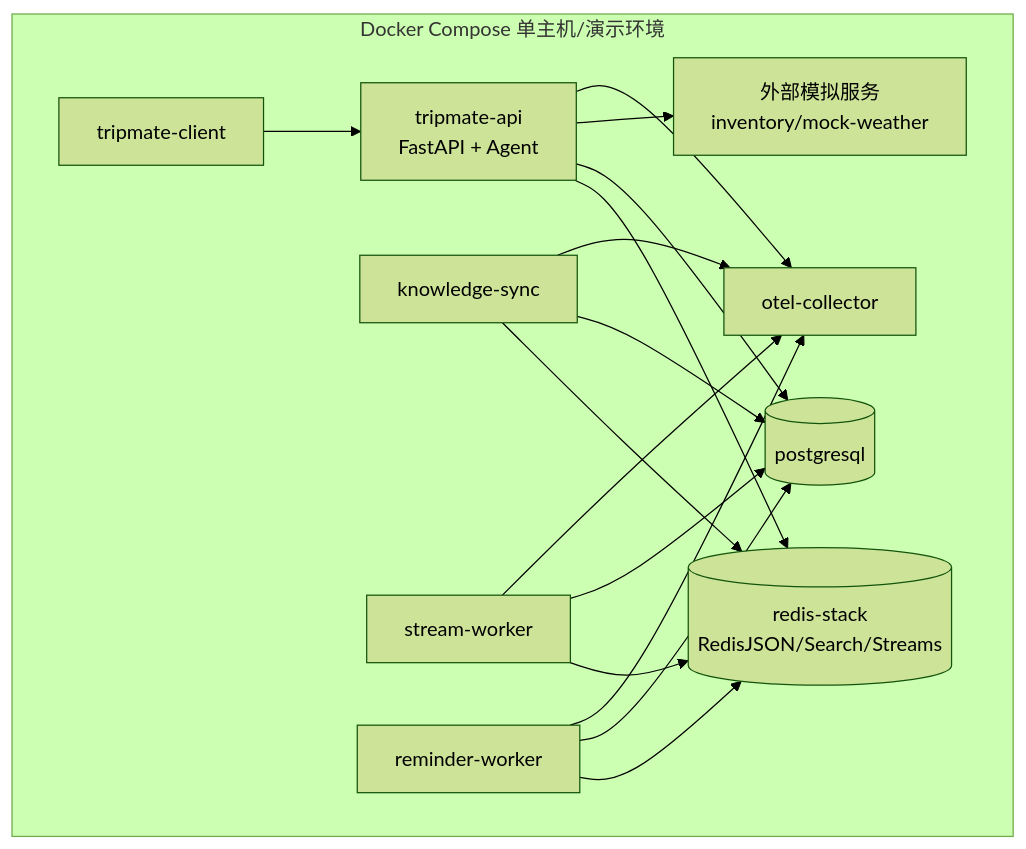
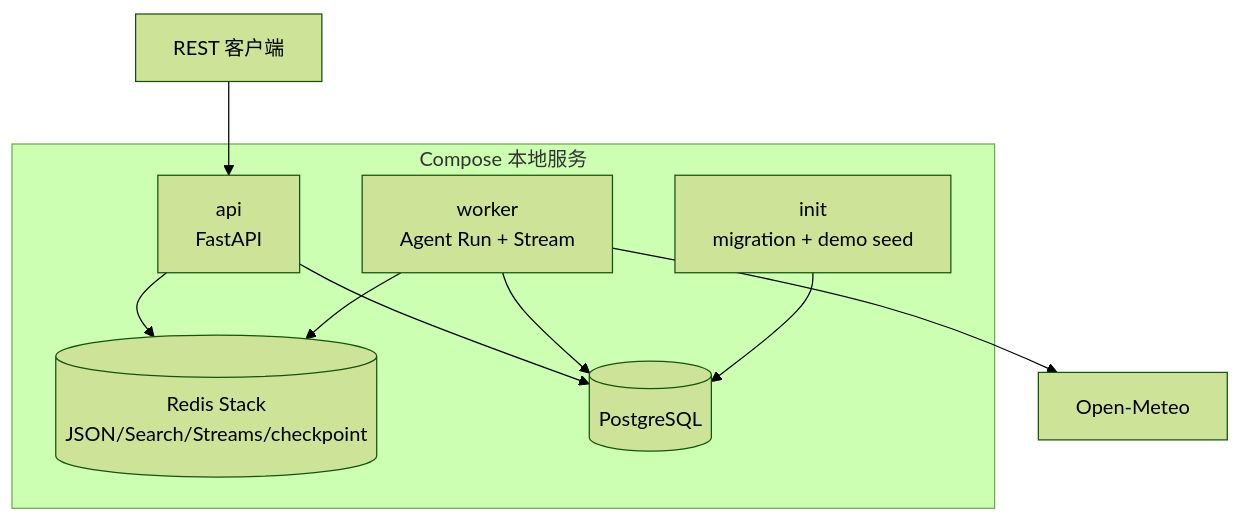
The second of 6 diagrams in docs/overview-design.md (MuXun-T/tripmate), drawn with Mermaid (forest theme) before and after one commit. The commit also changed other lines of this file and 61 other files, not shown here.

Commit message:
Complete TripMate agent MVP roadmap

````diff
--- a/docs/overview-design.md
+++ b/docs/overview-design.md
@@ -101,28 +103,17 @@
 ```mermaid
 flowchart TB
-    subgraph Host[Docker Compose 单主机/演示环境]
-      C[tripmate-client]
-      A[tripmate-api<br/>FastAPI + Agent]
-      K[knowledge-sync]
-      W[stream-worker]
-      RW[reminder-worker]
-      R[(redis-stack<br/>RedisJSON/Search/Streams)]
-      P[(postgresql)]
-      O[otel-collector]
-      M[外部模拟服务<br/>inventory/mock-weather]
+    C[REST 客户端] --> A
+    subgraph Host[Compose 本地服务]
+      I[init<br/>migration + demo seed]
+      A[api<br/>FastAPI]
+      W[worker<br/>Agent Run + Stream]
+      R[(Redis Stack<br/>JSON/Search/Streams/checkpoint)]
+      P[(PostgreSQL)]
     end
-    C --> A
     A --> R
     A --> P
-    A --> M
-    K --> R
-    K --> P
     W --> R
     W --> P
-    RW --> R
-    RW --> P
-    A --> O
-    W --> O
-    K --> O
-    RW --> O
+    I --> P
+    W --> M[Open-Meteo]
 ```
````
